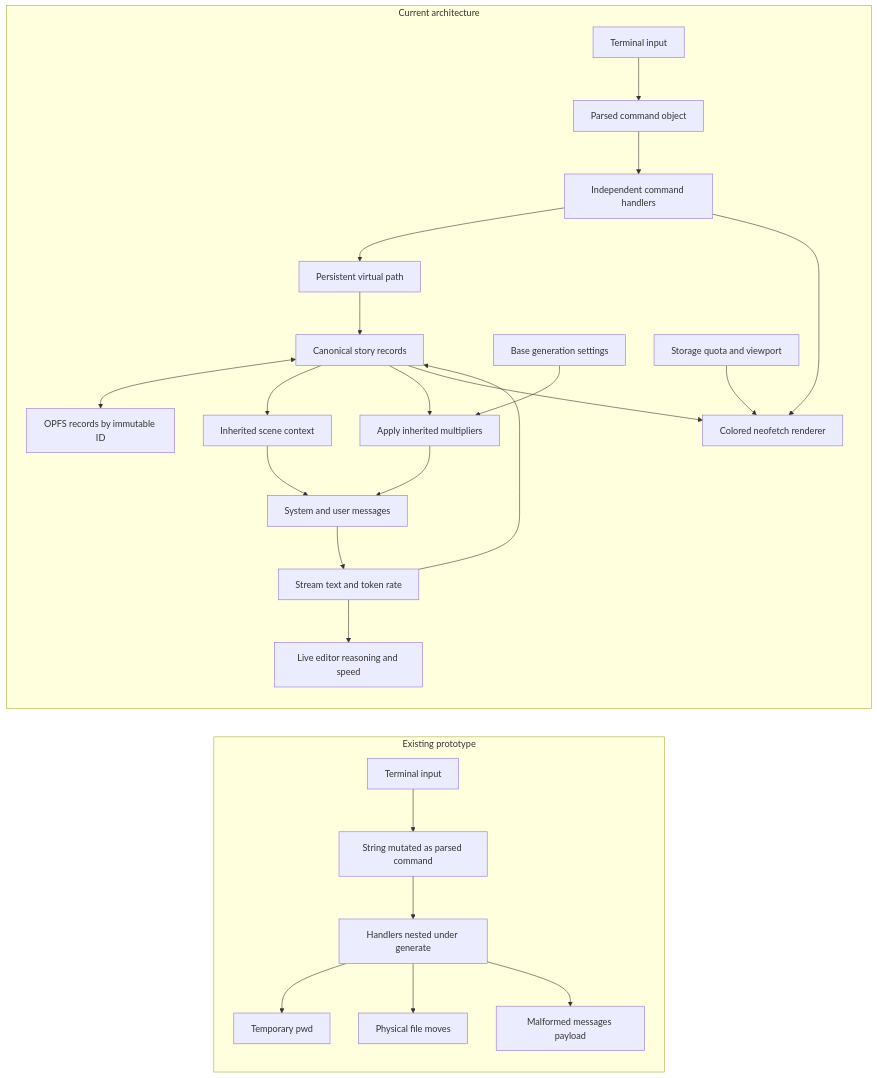
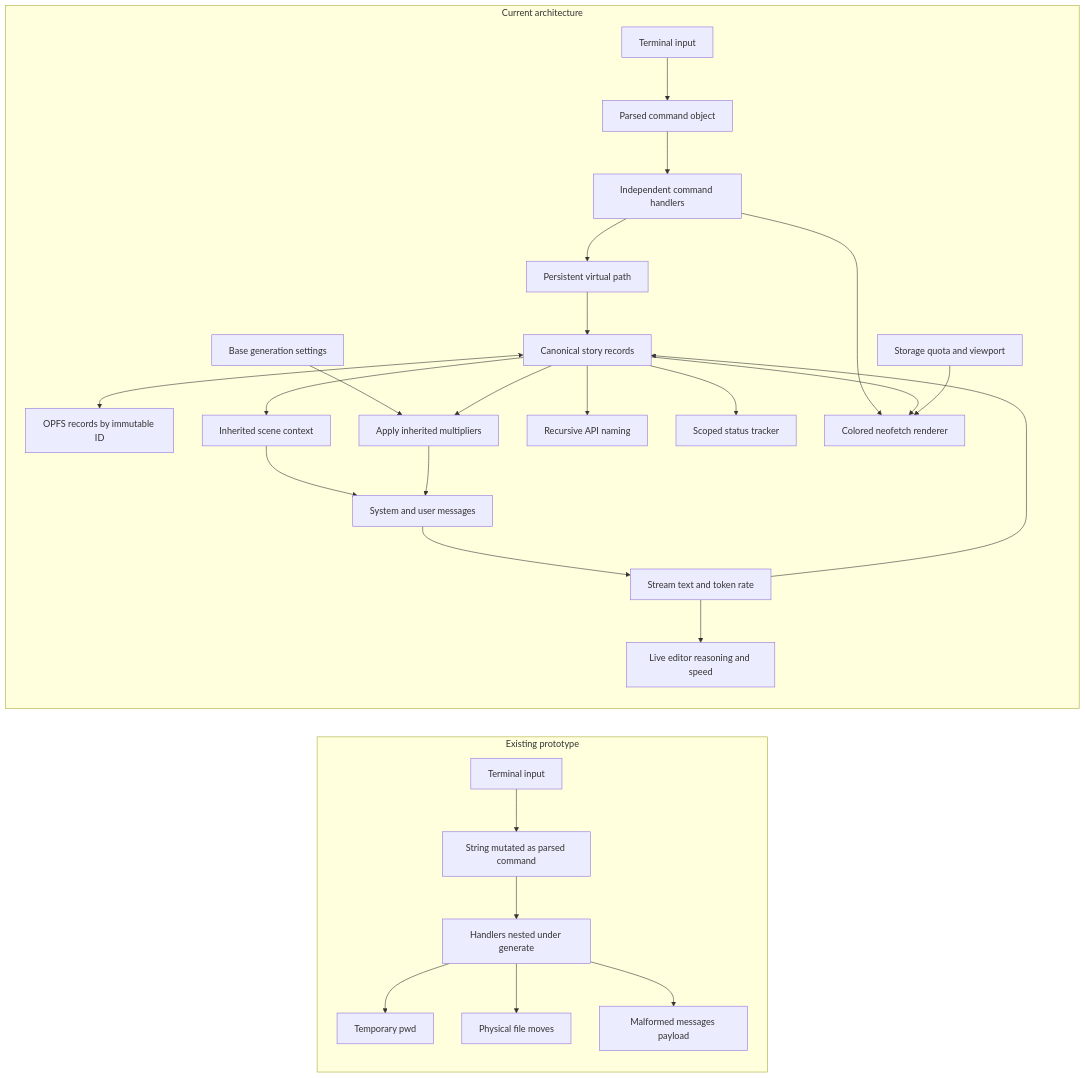
Before and after one commit to Colin1337X/cherenkov: the diagram in README.md, drawn with Mermaid. The commit also changed other lines of this file and 2 other files, not shown here.

Commit message:
Add recursive naming and status tracker

````diff
--- a/README.md
+++ b/README.md
@@ -69,31 +76,33 @@
 ```mermaid
 flowchart LR
     subgraph Before[Existing prototype]
         direction TB
         BUI[Terminal input] --> BPARSE[String mutated as parsed command]
         BPARSE --> BDISPATCH[Handlers nested under generate]
         BDISPATCH --> BSTATE[Temporary pwd]
         BDISPATCH --> BFILES[Physical file moves]
         BDISPATCH --> BAPI[Malformed messages payload]
     end
 
     subgraph After[Current architecture]
         direction TB
         AUI[Terminal input] --> APARSE[Parsed command object]
         APARSE --> ACMD[Independent command handlers]
         ACMD --> APATH[Persistent virtual path]
         APATH --> ARECORDS[Canonical story records]
         ARECORDS <--> AOPFS[OPFS records by immutable ID]
         ARECORDS --> ACTX[Inherited scene context]
         ACTX --> AAPI[System and user messages]
         ABASE[Base generation settings] --> AMULT[Apply inherited multipliers]
         ARECORDS --> AMULT
         AMULT --> AAPI
         AAPI --> ASTREAM[Stream text and token rate]
         ASTREAM --> AEDITOR[Live editor reasoning and speed]
         ASTREAM --> ARECORDS
+        ARECORDS --> ANAME[Recursive API naming]
+        ARECORDS --> ATRACK[Scoped status tracker]
         ACMD --> ANEO[Colored neofetch renderer]
         ARECORDS --> ANEO
         ABROWSER[Storage quota and viewport] --> ANEO
     end
 ```
````
